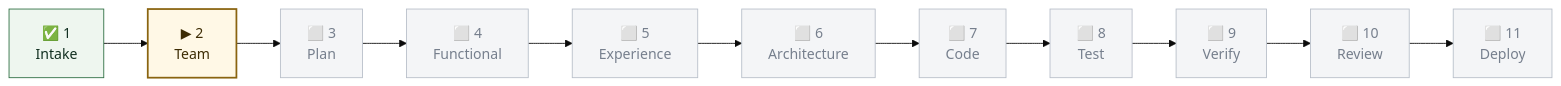
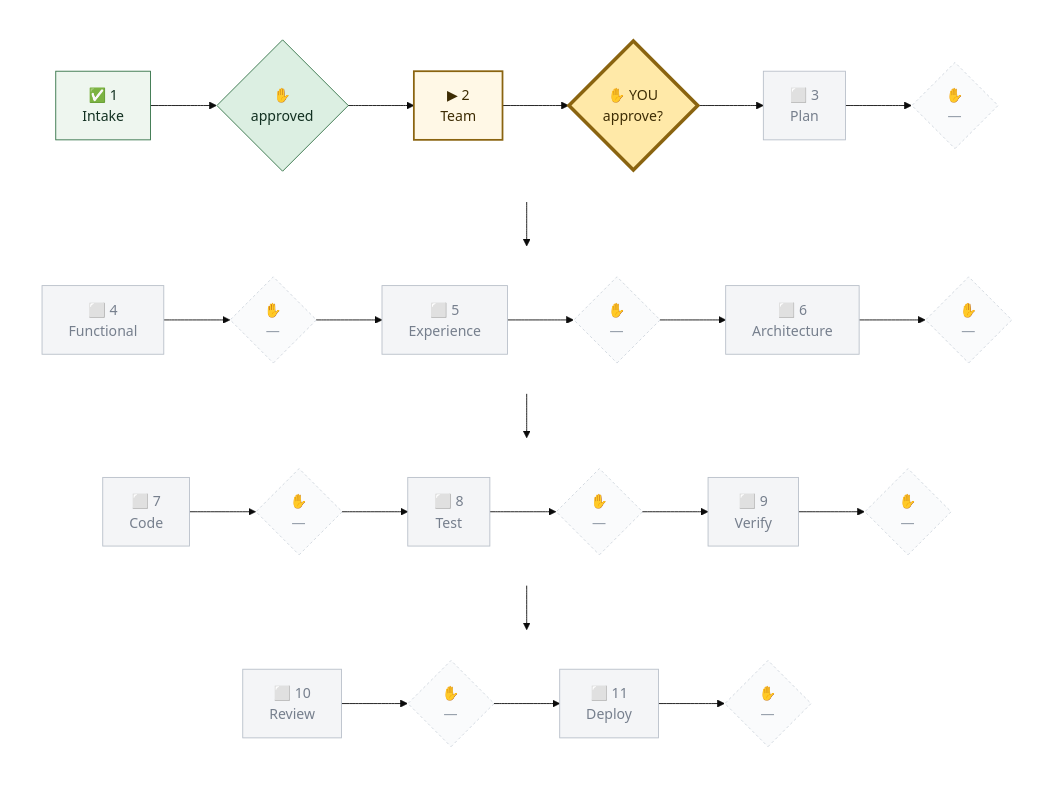
The diagram in admin/templates/PIPELINE_LOG_TEMPLATE.md (tandonakhil/AICluadeCode), drawn with Mermaid (base theme) before and after one commit. The commit also changed 5 other files, not shown here.

First line of the commit message:
Graph: wrap at 7 boxes, human checkpoints as activated steps, mandatory control

````diff
--- a/admin/templates/PIPELINE_LOG_TEMPLATE.md
+++ b/admin/templates/PIPELINE_LOG_TEMPLATE.md
@@ -22,16 +22,41 @@
 ```mermaid
-flowchart LR
-  G1["✅ 1<br/>Intake"] --> G2["▶ 2<br/>Team"] --> G3["⬜ 3<br/>Plan"]
-  G3 --> G4["⬜ 4<br/>Functional"] --> G5["⬜ 5<br/>Experience"]
-  G5 --> G6["⬜ 6<br/>Architecture"] --> G7["⬜ 7<br/>Code"] --> G8["⬜ 8<br/>Test"]
-  G8 --> G9["⬜ 9<br/>Verify"] --> G10["⬜ 10<br/>Review"] --> G11["⬜ 11<br/>Deploy"]
-
+flowchart TB
+  subgraph r1 [" "]
+    direction LR
+    G1["✅ 1<br/>Intake"] --> H1{"✋<br/>approved"} --> G2["▶ 2<br/>Team"] --> H2{"✋ YOU<br/>approve?"} --> G3["⬜ 3<br/>Plan"] --> H3{"✋<br/>—"}
+  end
+  subgraph r2 [" "]
+    direction LR
+    G4["⬜ 4<br/>Functional"] --> H4{"✋<br/>—"} --> G5["⬜ 5<br/>Experience"] --> H5{"✋<br/>—"} --> G6["⬜ 6<br/>Architecture"] --> H6{"✋<br/>—"}
+  end
+  subgraph r3 [" "]
+    direction LR
+    G7["⬜ 7<br/>Code"] --> H7{"✋<br/>—"} --> G8["⬜ 8<br/>Test"] --> H8{"✋<br/>—"} --> G9["⬜ 9<br/>Verify"] --> H9{"✋<br/>—"}
+  end
+  subgraph r4 [" "]
+    direction LR
+    G10["⬜ 10<br/>Review"] --> H10{"✋<br/>—"} --> G11["⬜ 11<br/>Deploy"] --> H11{"✋<br/>—"}
+  end
+  H3 --> G4
+  H6 --> G7
+  H9 --> G10
   classDef done    fill:#eef6ef,stroke:#2f6f43,color:#123021
   classDef active  fill:#fff8e6,stroke:#8a6410,stroke-width:2px,color:#3d2c04
   classDef looped  fill:#fdf0ec,stroke:#a3341f,stroke-width:2px,color:#3d1109
+  classDef warn    fill:#fff8e6,stroke:#8a6410,stroke-width:2px,color:#3d2c04
   classDef pending fill:#f4f5f7,stroke:#b8bfc9,color:#767f8d
   classDef skipped fill:#f4f5f7,stroke:#b8bfc9,color:#767f8d,stroke-dasharray:4 3
+  classDef hdone   fill:#dcefe2,stroke:#2f6f43,color:#123021
+  classDef hwait   fill:#ffe9a8,stroke:#8a6410,stroke-width:4px,color:#3d2c04
+  classDef hpend   fill:#fafbfc,stroke:#cfd5dd,color:#98a1ad,stroke-dasharray:3 3
+  classDef hskip   fill:#fafbfc,stroke:#cfd5dd,color:#98a1ad,stroke-dasharray:3 3
+  classDef hnone   fill:#f8ded7,stroke:#a3341f,stroke-width:3px,color:#3d1109
+  classDef rowbox  fill:none,stroke:none
   class G1 done
+  class H1 hdone
   class G2 active
+  class H2 hwait
   class G3,G4,G5,G6,G7,G8,G9,G10,G11 pending
+  class H3,H4,H5,H6,H7,H8,H9,H10,H11 hpend
+  class r1,r2,r3,r4 rowbox
 ```
````
